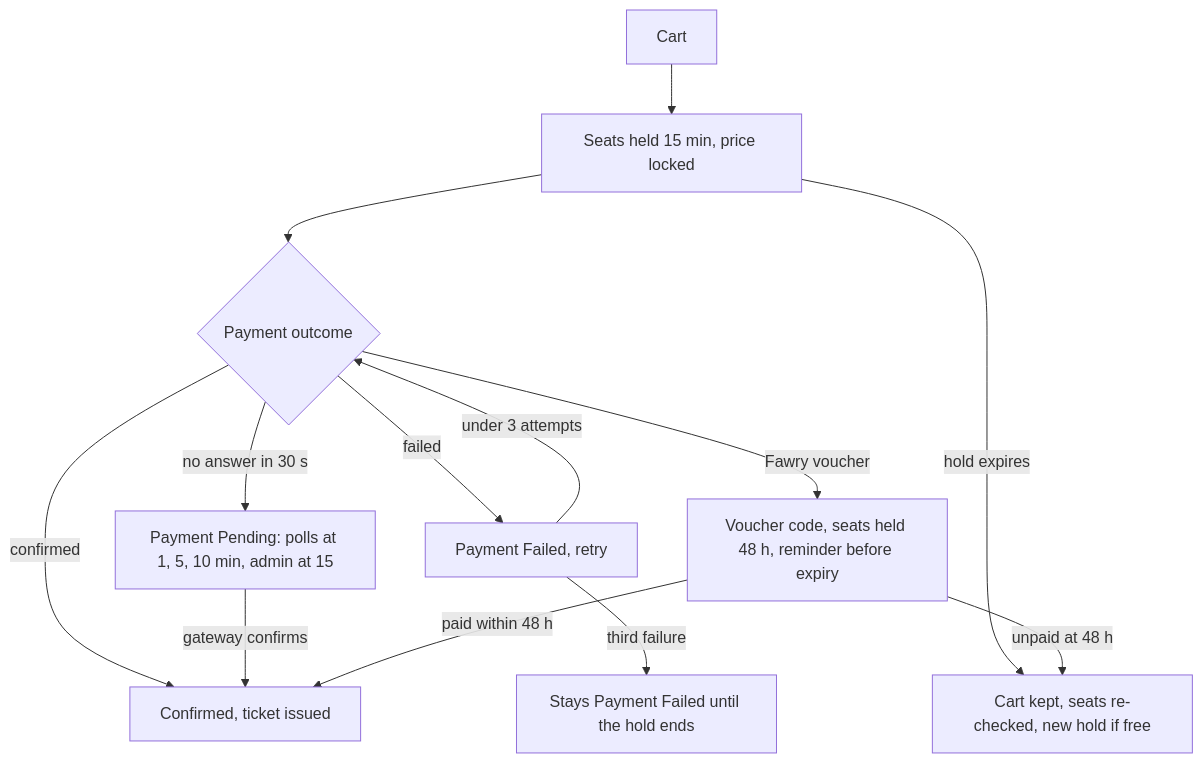
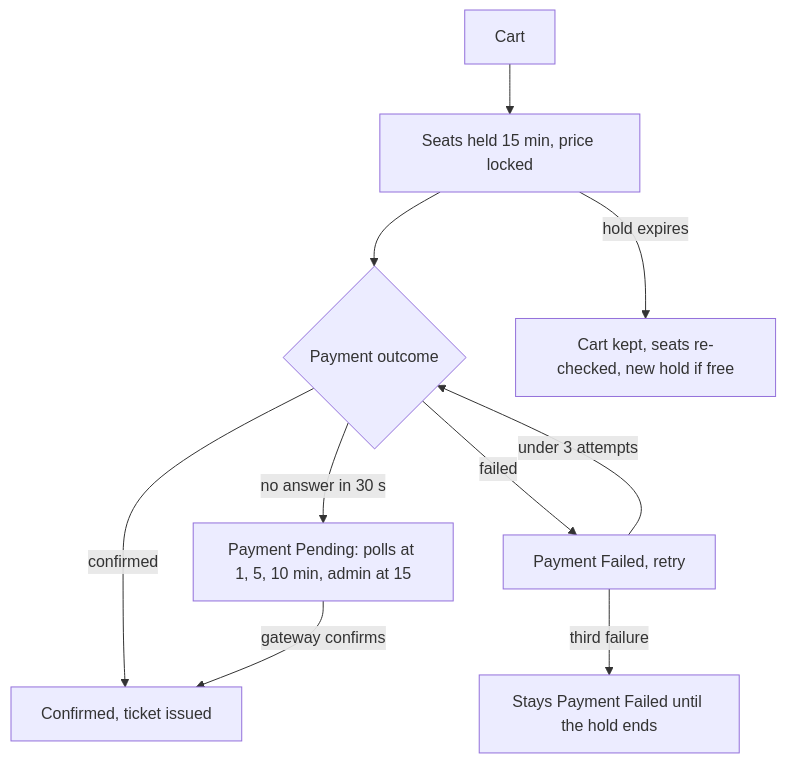
Before and after one commit to mohamedhabibwork/trips-enjoy-docs: the diagram in content/docs/user-flows/traveler.mdx, drawn with Mermaid. The commit also changed other lines of this file and 117 other files, not shown here.

````diff
--- a/content/docs/user-flows/traveler.mdx
+++ b/content/docs/user-flows/traveler.mdx
@@ -87,15 +87,12 @@
 ```mermaid
 flowchart TD
     A["Cart"] --> B["Seats held 15 min, price locked"]
     B --> C{"Payment outcome"}
     C -- confirmed --> D["Confirmed, ticket issued"]
     C -- "no answer in 30 s" --> E["Payment Pending: polls at 1, 5, 10 min, admin at 15"]
     E -- "gateway confirms" --> D
     C -- failed --> F["Payment Failed, retry"]
     F -- "under 3 attempts" --> C
     F -- "third failure" --> G["Stays Payment Failed until the hold ends"]
     B -- "hold expires" --> H["Cart kept, seats re-checked, new hold if free"]
-    C -- "Fawry voucher" --> I["Voucher code, seats held 48 h, reminder before expiry"]
-    I -- "paid within 48 h" --> D
-    I -- "unpaid at 48 h" --> H
 ```
````
